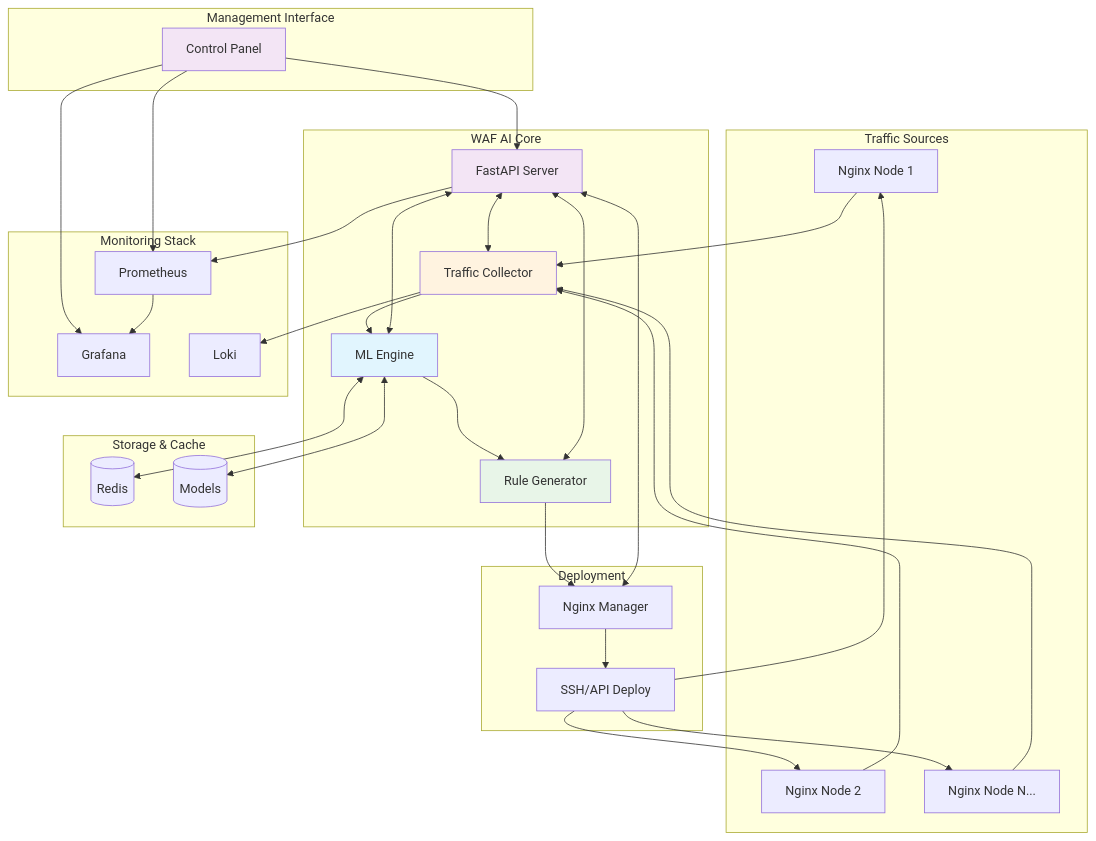
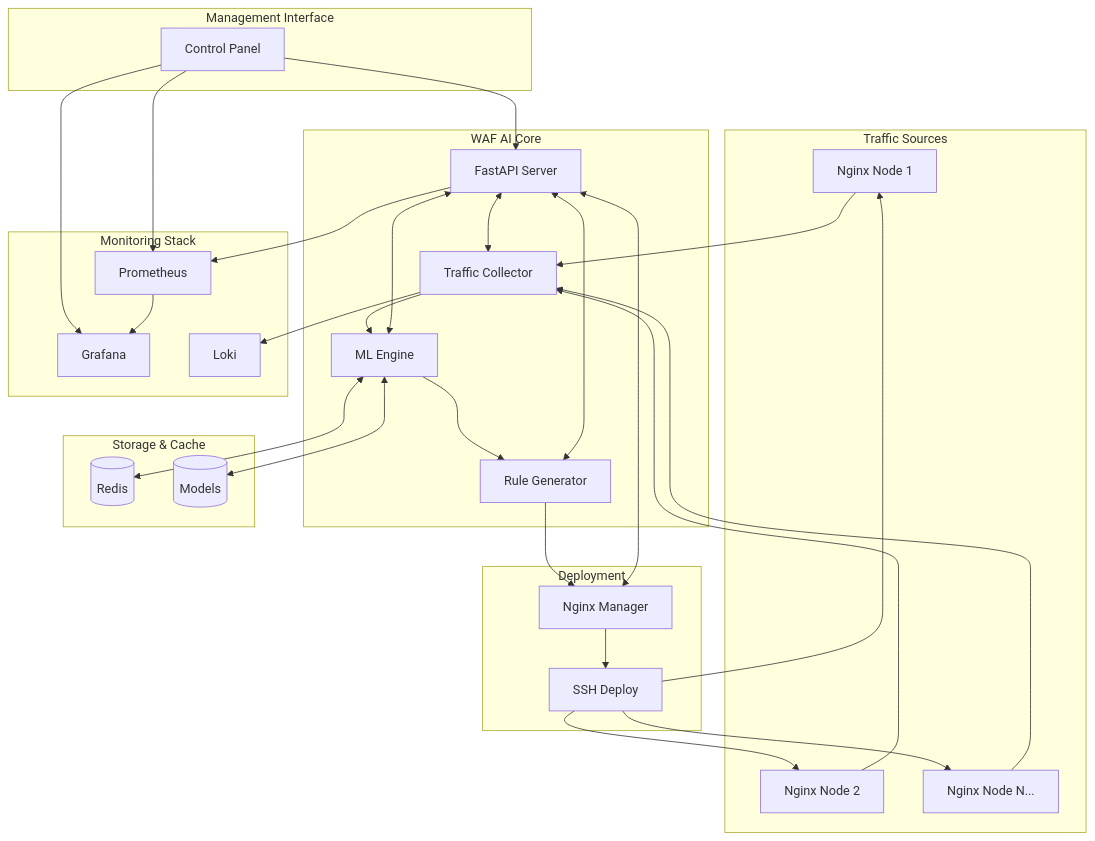
One commit to fabriziosalmi/nginx-waf-ai changed the diagram in README.md. Above: the diagram before and after it, drawn with Mermaid. The commit also changed other lines of this file and 4 other files, not shown here.

````diff
--- a/README.md
+++ b/README.md
@@ -50,69 +44,63 @@
 ```mermaid
 graph TB
     subgraph "Traffic Sources"
         N1[Nginx Node 1]
         N2[Nginx Node 2]
         N3[Nginx Node N...]
     end
-    
+
     subgraph "WAF AI Core"
         TC[Traffic Collector]
         ML[ML Engine]
         RG[Rule Generator]
         API[FastAPI Server]
     end
-    
+
     subgraph "Management Interface"
         CP[Control Panel]
     end
-    
+
     subgraph "Storage & Cache"
         R[(Redis)]
         M[(Models)]
     end
-    
+
     subgraph "Monitoring Stack"
         P[Prometheus]
         G[Grafana]
         L[Loki]
     end
-    
+
     subgraph "Deployment"
         NM[Nginx Manager]
-        SSH[SSH/API Deploy]
+        SSH[SSH Deploy]
     end
-    
+
     N1 --> TC
     N2 --> TC
     N3 --> TC
-    
+
     TC --> ML
     ML --> RG
     RG --> NM
     NM --> SSH
     SSH --> N1
     SSH --> N2
     SSH --> N3
-    
+
     API <--> TC
     API <--> ML
     API <--> RG
     API <--> NM
-    
+
     CP --> API
     CP --> G
     CP --> P
-    
+
     ML <--> R
     ML <--> M
-    
+
     API --> P
     P --> G
     TC --> L
-    
-    style ML fill:#e1f5fe
-    style API fill:#f3e5f5
-    style RG fill:#e8f5e8
-    style TC fill:#fff3e0
-    style CP fill:#f3e5f5
 ```
````
